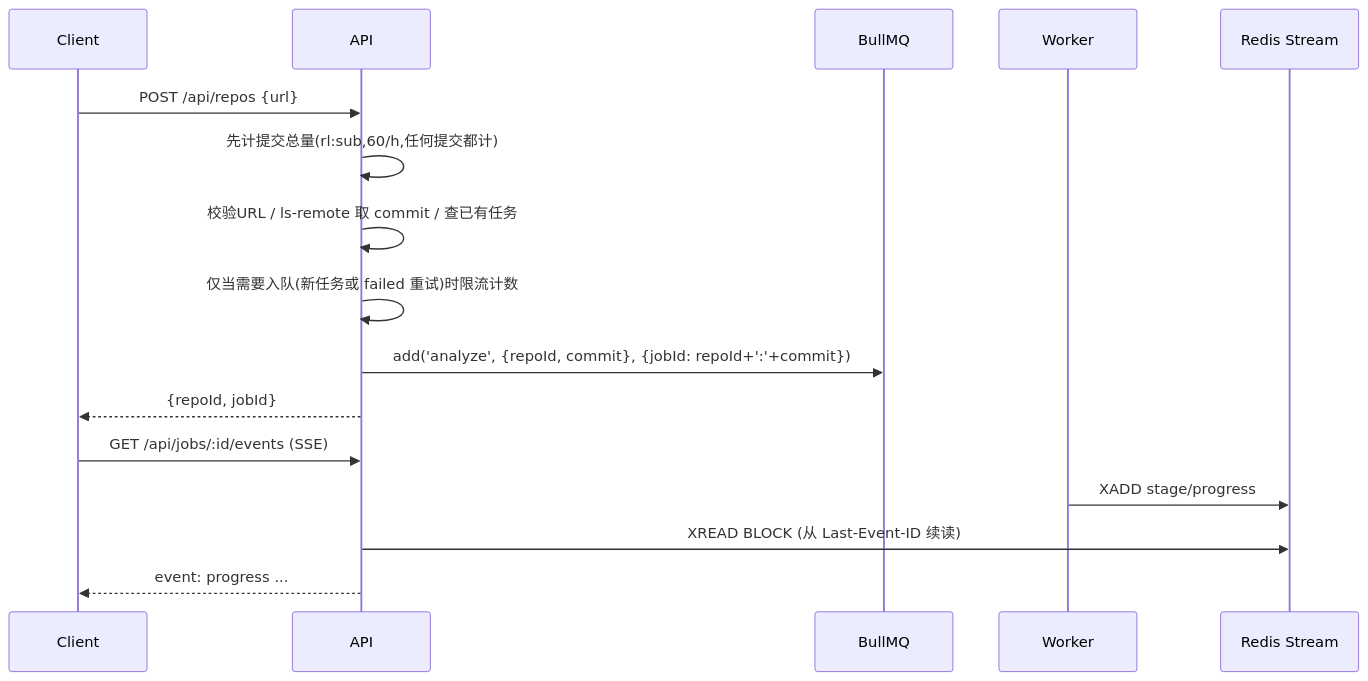
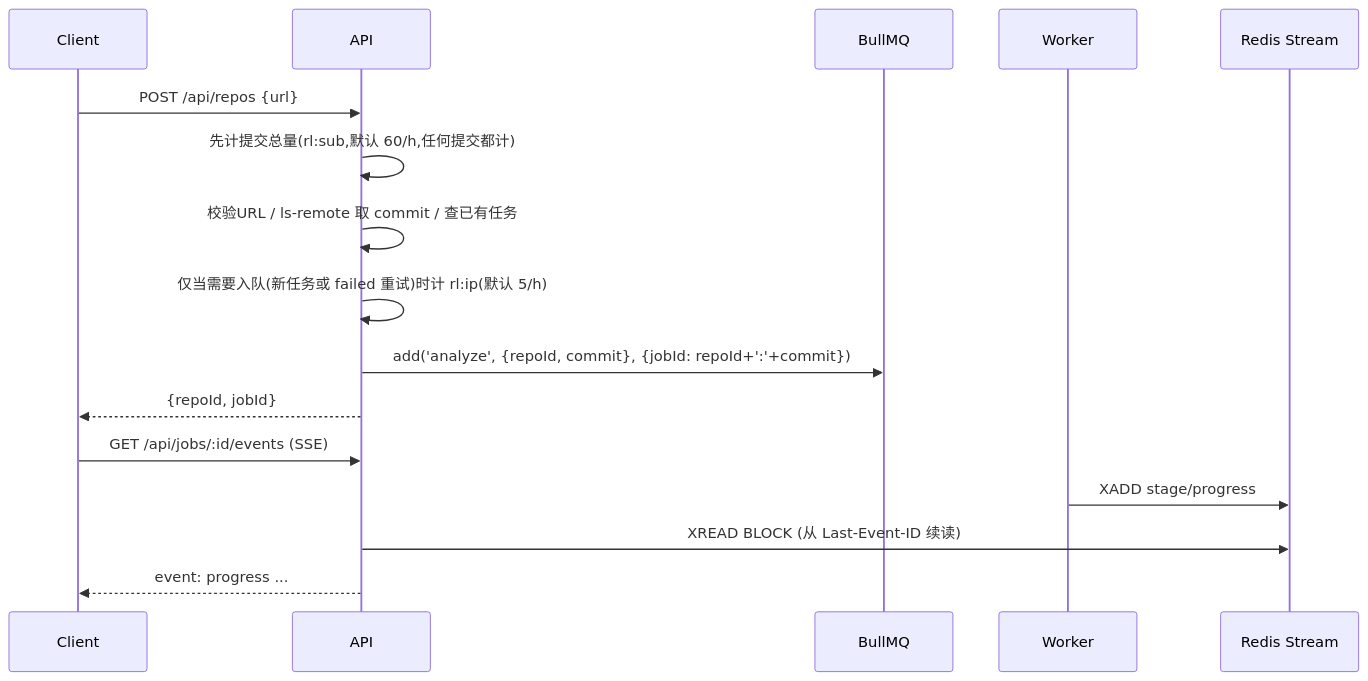
Before and after one commit to Akarin7784/repo-lens: the second of 3 diagrams in docs/BACKEND_AI_DESIGN.md, drawn with Mermaid. The commit also changed other lines of this file and 5 other files, not shown here.

````diff
--- a/docs/BACKEND_AI_DESIGN.md
+++ b/docs/BACKEND_AI_DESIGN.md
@@ -257,18 +257,18 @@
 ```mermaid
 sequenceDiagram
   participant C as Client
   participant A as API
   participant Q as BullMQ
   participant W as Worker
   participant R as Redis Stream
   C->>A: POST /api/repos {url}
-  A->>A: 先计提交总量(rl:sub,60/h,任何提交都计)
+  A->>A: 先计提交总量(rl:sub,默认 60/h,任何提交都计)
   A->>A: 校验URL / ls-remote 取 commit / 查已有任务
-  A->>A: 仅当需要入队(新任务或 failed 重试)时限流计数
+  A->>A: 仅当需要入队(新任务或 failed 重试)时计 rl:ip(默认 5/h)
   A->>Q: add('analyze', {repoId, commit}, {jobId: repoId+':'+commit})
   A-->>C: {repoId, jobId}
   C->>A: GET /api/jobs/:id/events (SSE)
   W->>R: XADD stage/progress
   A->>R: XREAD BLOCK (从 Last-Event-ID 续读)
   A-->>C: event: progress ...
 ```
````
